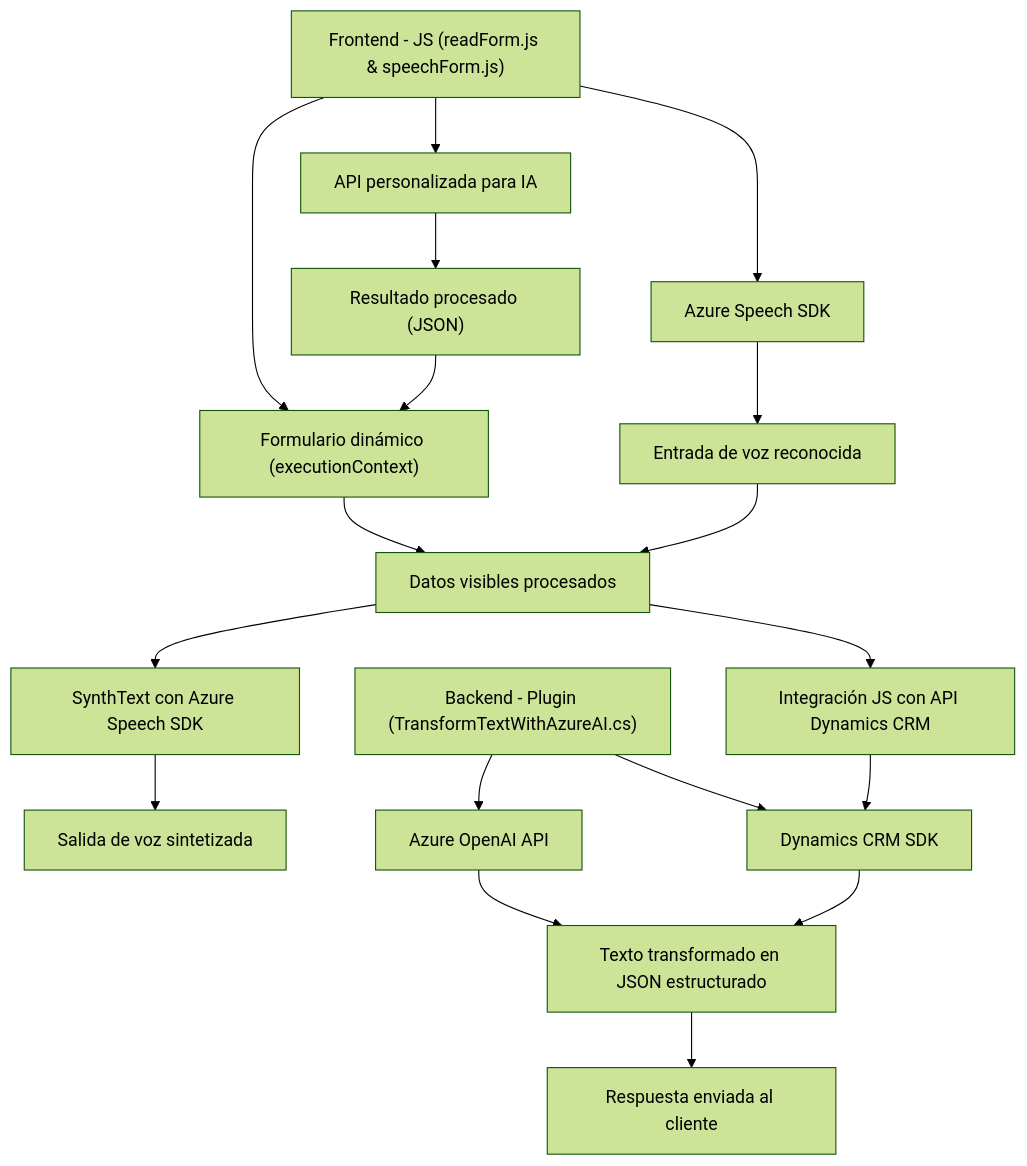
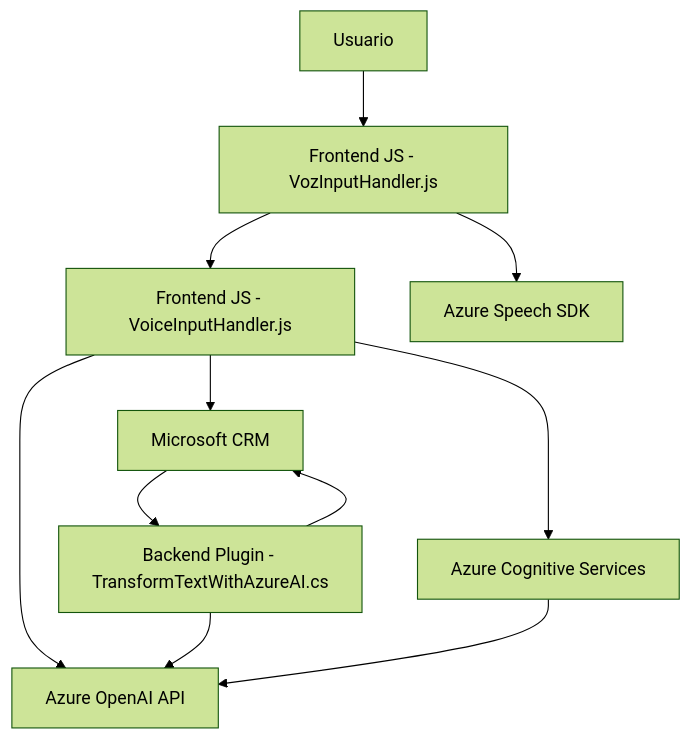
The diagram in README.md (blopezdm/NETCORE_BILBAO2025), drawn with Mermaid (forest theme) before and after one commit. The commit also changed other lines of this file, not shown here.

Commit message:
Actualizar análisis global de la solución con IA

````diff
--- a/README.md
+++ b/README.md
@@ -41,26 +59,22 @@
 ```mermaid
 graph TD
-A["Frontend - JS (readForm.js & speechForm.js)"] --> B["Azure Speech SDK"]
-A --> D["Formulario dinámico (executionContext)"]
+    A["Frontend JS - VozInputHandler.js"]
+    B["Frontend JS - VoiceInputHandler.js"]
+    C["Backend Plugin - TransformTextWithAzureAI.cs"]
+    D["Microsoft CRM"]
+    E["Azure Speech SDK"]
+    F["Azure Cognitive Services"]
+    G["Azure OpenAI API"]
+    H["Usuario"]
 
-B --> E["Entrada de voz reconocida"]
-D --> F["Datos visibles procesados"]
-E --> F
-
-F --> G["SynthText con Azure Speech SDK"]
-G --> H["Salida de voz sintetizada"]
-
-A --> I["API personalizada para IA"]
-I --> J["Resultado procesado (JSON)"]
-J --> D
-
-K["Backend - Plugin (TransformTextWithAzureAI.cs)"] --> L["Azure OpenAI API"]
-K --> M["Dynamics CRM SDK"]
-
-L --> N["Texto transformado en JSON estructurado"]
-M --> N
-N --> O["Respuesta enviada al cliente"]
-
-F --> P["Integración JS con API Dynamics CRM"]
-P --> M
+    H --> A
+    A --> B
+    B --> D
+    A --> E
+    B --> F
+    B --> G
+    C --> D
+    C --> G
+    F --> G
+    D --> C
 ```
````
